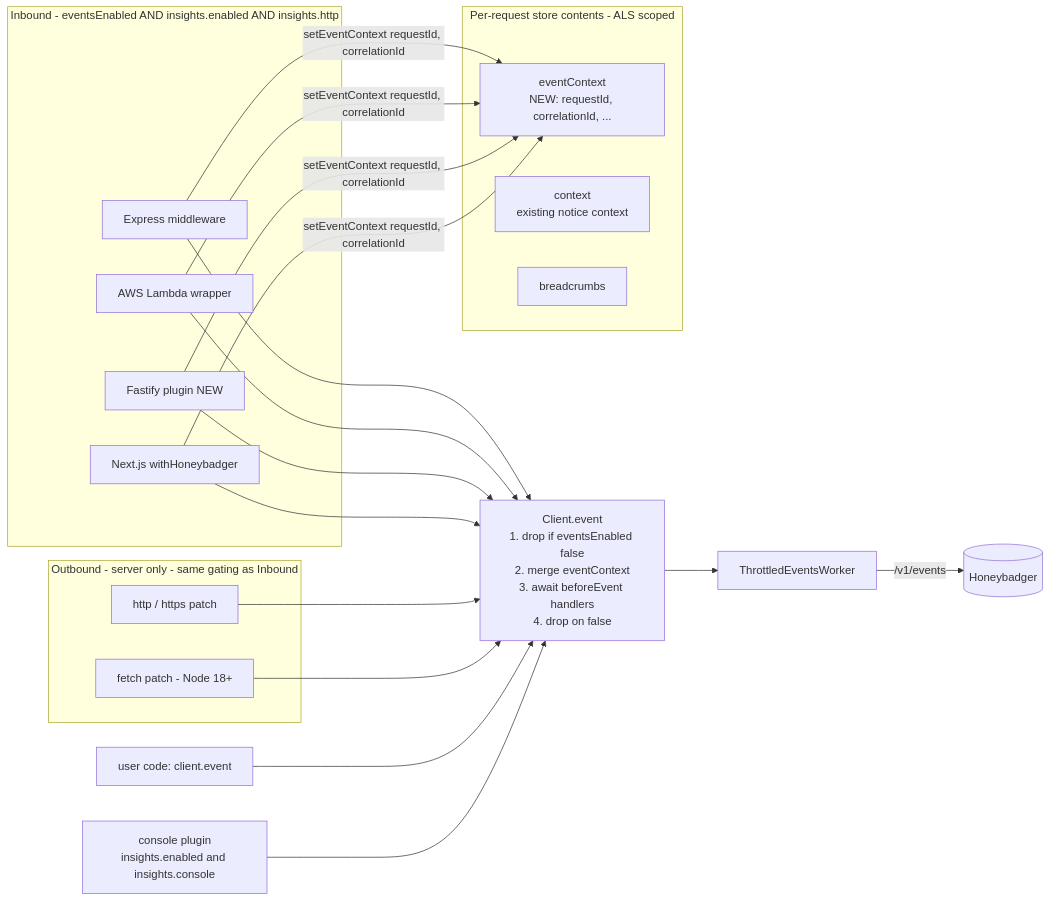
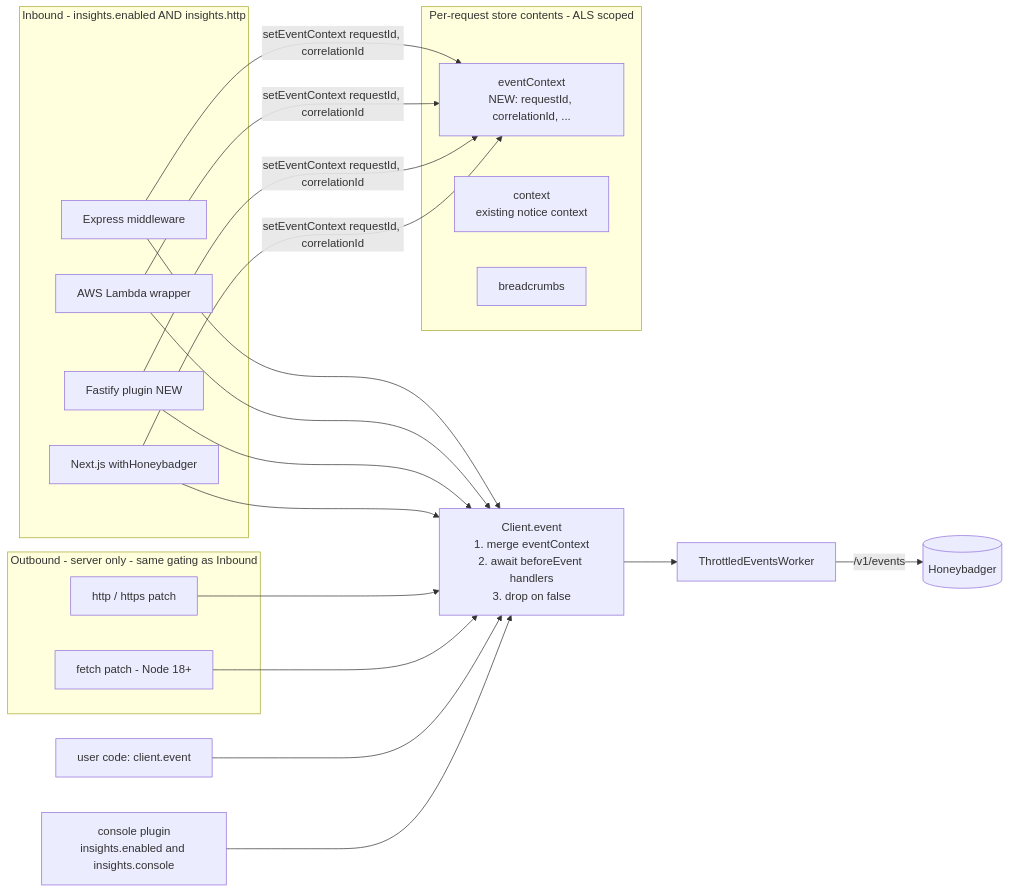
Before and after one commit to honeybadger-io/honeybadger-js: the first of 2 diagrams in docs/plans/http-instrumentation.md, drawn with Mermaid. The commit also changed other lines of this file and 15 other files, not shown here.

First line of the commit message:
feat(core): deprecate eventsEnabled and ungate programmatic events

````diff
--- a/docs/plans/http-instrumentation.md
+++ b/docs/plans/http-instrumentation.md
@@ -35,37 +34,37 @@
 ```mermaid
 flowchart LR
   subgraph PerRequest[Per-request store contents - ALS scoped]
     EC[eventContext<br/>NEW: requestId, correlationId, ...]
     NC[context<br/>existing notice context]
     BC[breadcrumbs]
   end
 
-  subgraph Inbound[Inbound - eventsEnabled AND insights.enabled AND insights.http]
+  subgraph Inbound[Inbound - insights.enabled AND insights.http]
     EX[Express middleware]
     LM[AWS Lambda wrapper]
     FA[Fastify plugin NEW]
     NX[Next.js withHoneybadger]
   end
 
   subgraph Outbound[Outbound - server only - same gating as Inbound]
     OH[http / https patch]
     OF[fetch patch - Node 18+]
   end
 
   EX -->|setEventContext requestId, correlationId| EC
   LM -->|setEventContext requestId, correlationId| EC
   FA -->|setEventContext requestId, correlationId| EC
   NX -->|setEventContext requestId, correlationId| EC
 
   EX --> EV
   LM --> EV
   FA --> EV
   NX --> EV
   OH --> EV
   OF --> EV
   USR[user code: client.event] --> EV
   CON[console plugin<br/>insights.enabled and insights.console] --> EV
 
-  EV[Client.event<br/>1. drop if eventsEnabled false<br/>2. merge eventContext<br/>3. await beforeEvent handlers<br/>4. drop on false] --> Q[ThrottledEventsWorker]
+  EV[Client.event<br/>1. merge eventContext<br/>2. await beforeEvent handlers<br/>3. drop on false] --> Q[ThrottledEventsWorker]
   Q -->|/v1/events| HB[(Honeybadger)]
 ```
````
